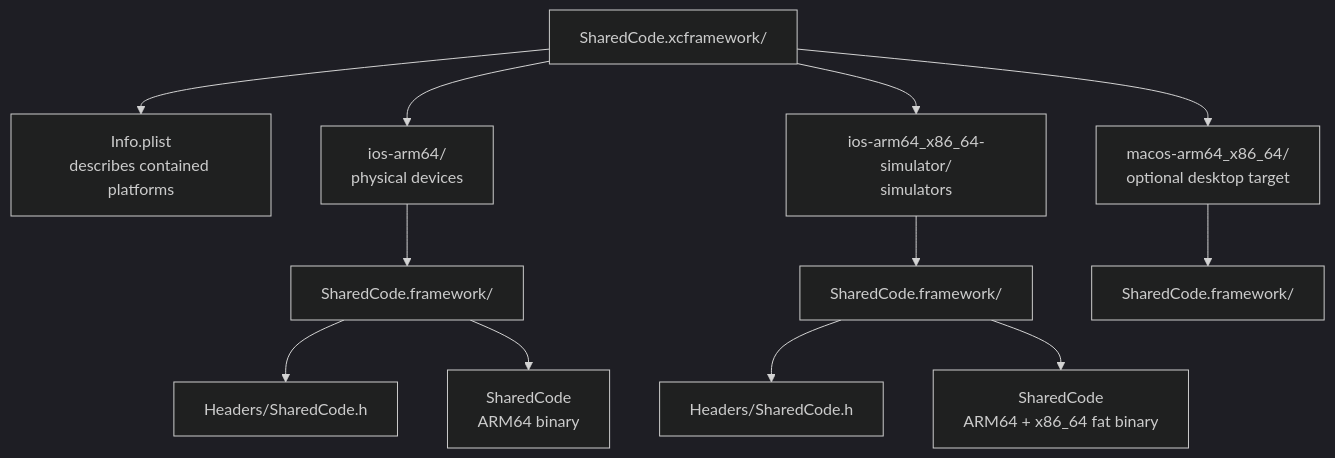
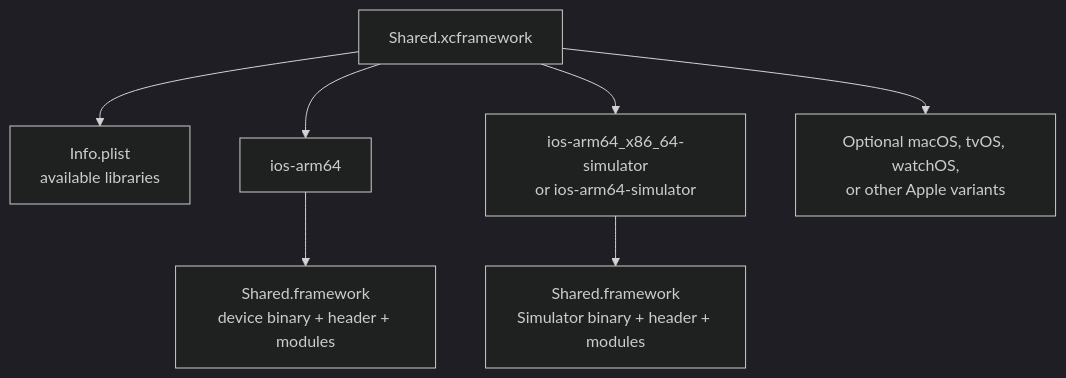
The second of 3 diagrams in android/kotlin-multiplatform/tooling/ios-distribution.md (swarnsingh/android-staff-engineer-playbook-website), drawn with Mermaid (dark theme) before and after one commit. The commit also changed other lines of this file and 1 other file, not shown here.

````diff
--- a/android/kotlin-multiplatform/tooling/ios-distribution.md
+++ b/android/kotlin-multiplatform/tooling/ios-distribution.md
@@ -44,14 +43,9 @@
 ```mermaid
 flowchart TD
-    xc["SharedCode.xcframework/"] --> plist["Info.plist<br/>describes contained platforms"]
-    xc --> device["ios-arm64/<br/>physical devices"]
-    device --> deviceFramework["SharedCode.framework/"]
-    deviceFramework --> deviceHeader["Headers/SharedCode.h"]
-    deviceFramework --> deviceBinary["SharedCode<br/>ARM64 binary"]
-    xc --> simulator["ios-arm64_x86_64-simulator/<br/>simulators"]
-    simulator --> simulatorFramework["SharedCode.framework/"]
-    simulatorFramework --> simulatorHeader["Headers/SharedCode.h"]
-    simulatorFramework --> simulatorBinary["SharedCode<br/>ARM64 + x86_64 fat binary"]
-    xc --> macos["macos-arm64_x86_64/<br/>optional desktop target"]
-    macos --> macosFramework["SharedCode.framework/"]
+    xcf["Shared.xcframework"] --> manifest["Info.plist<br/>available libraries"]
+    xcf --> device["ios-arm64"]
+    device --> deviceFramework["Shared.framework<br/>device binary + header + modules"]
+    xcf --> simulator["ios-arm64_x86_64-simulator<br/>or ios-arm64-simulator"]
+    simulator --> simulatorFramework["Shared.framework<br/>Simulator binary + header + modules"]
+    xcf --> optional["Optional macOS, tvOS, watchOS,<br/>or other Apple variants"]
 ```
````
